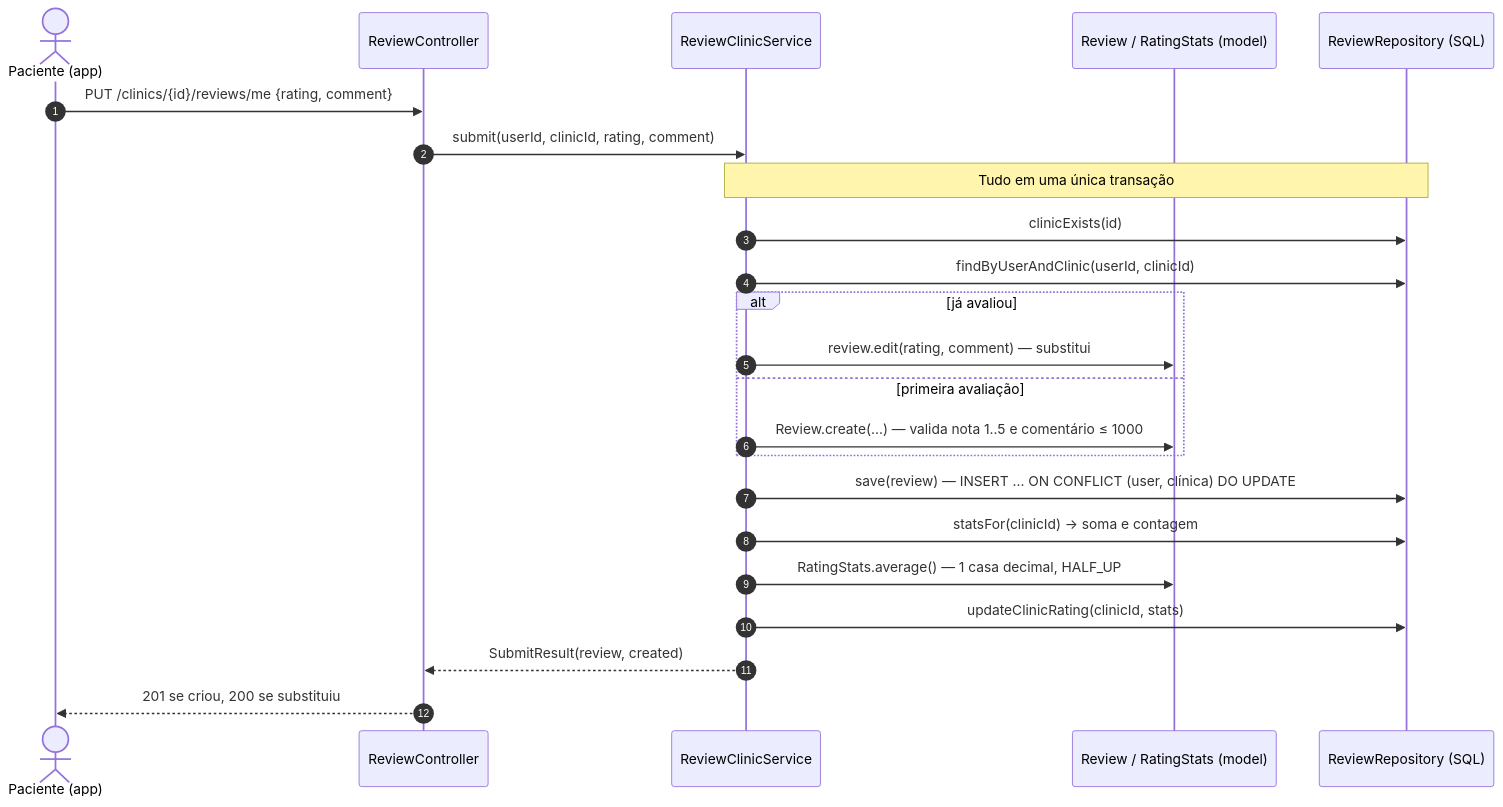
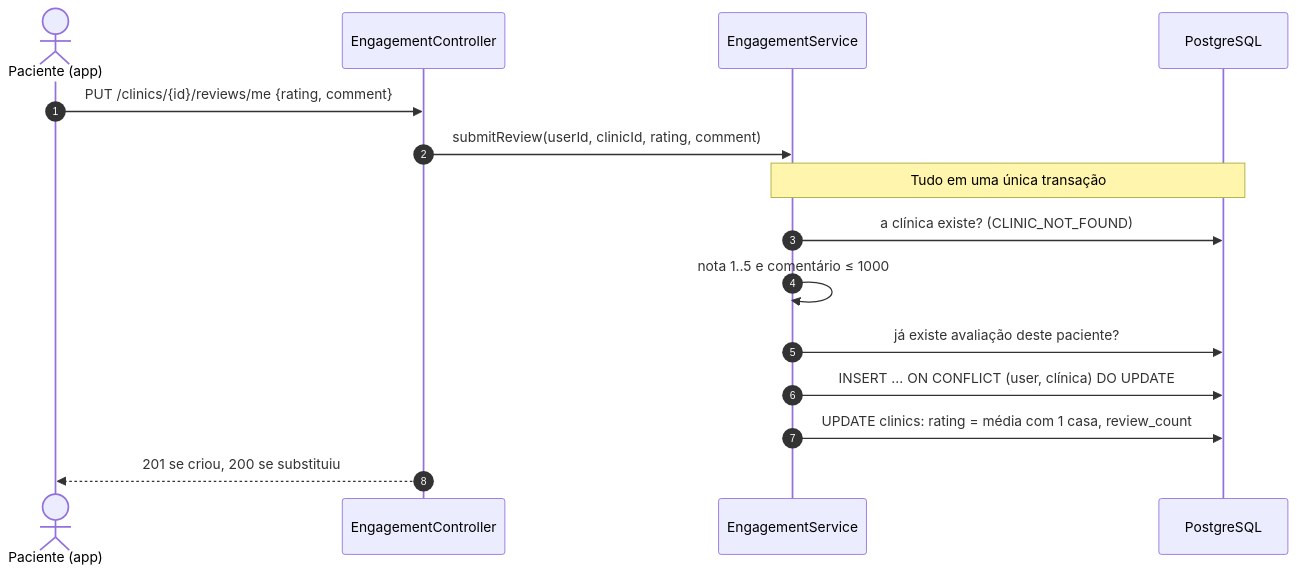
One commit to MarcioFerreiraL/clinics-backend changed the sixth of 7 diagrams in docs/08-diagramas-de-sequencia.md. Above: the diagram before and after it, drawn with Mermaid. The commit also changed other lines of this file and 138 other files, not shown here.

````diff
--- a/docs/08-diagramas-de-sequencia.md
+++ b/docs/08-diagramas-de-sequencia.md
@@ -153,26 +125,18 @@
 ```mermaid
 sequenceDiagram
     autonumber
     actor P as Paciente (app)
-    participant C as ReviewController
-    participant S as ReviewClinicService
-    participant D as Review / RatingStats (model)
-    participant R as ReviewRepository (SQL)
+    participant C as EngagementController
+    participant S as EngagementService
+    participant DB as PostgreSQL
 
     P->>C: PUT /clinics/{id}/reviews/me {rating, comment}
-    C->>S: submit(userId, clinicId, rating, comment)
-    Note over S,R: Tudo em uma única transação
-    S->>R: clinicExists(id)
-    S->>R: findByUserAndClinic(userId, clinicId)
-    alt já avaliou
-        S->>D: review.edit(rating, comment) — substitui
-    else primeira avaliação
-        S->>D: Review.create(...) — valida nota 1..5 e comentário ≤ 1000
-    end
-    S->>R: save(review) — INSERT ... ON CONFLICT (user, clínica) DO UPDATE
-    S->>R: statsFor(clinicId) → soma e contagem
-    S->>D: RatingStats.average() — 1 casa decimal, HALF_UP
-    S->>R: updateClinicRating(clinicId, stats)
-    S-->>C: SubmitResult(review, created)
+    C->>S: submitReview(userId, clinicId, rating, comment)
+    Note over S,DB: Tudo em uma única transação
+    S->>DB: a clínica existe? (CLINIC_NOT_FOUND)
+    S->>S: nota 1..5 e comentário ≤ 1000
+    S->>DB: já existe avaliação deste paciente?
+    S->>DB: INSERT ... ON CONFLICT (user, clínica) DO UPDATE
+    S->>DB: UPDATE clinics: rating = média com 1 casa, review_count
     C-->>P: 201 se criou, 200 se substituiu
 ```
````
